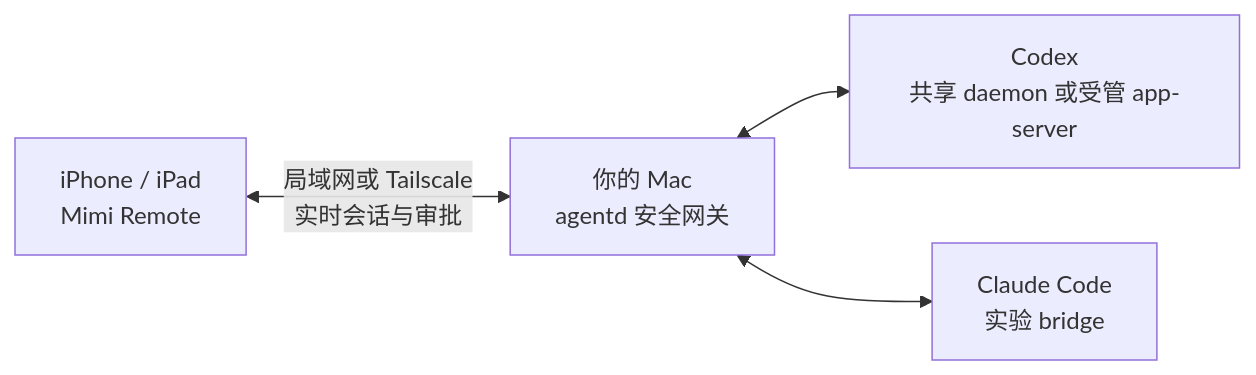
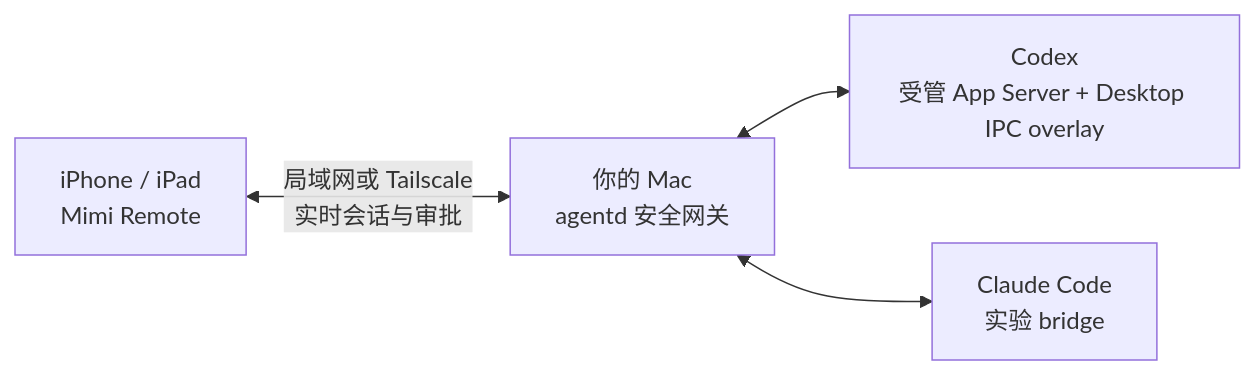
The diagram in README.zh-CN.md (gaixianggeng/mimi-remote), drawn with Mermaid before and after one commit. The commit also changed other lines of this file and 136 other files, not shown here.

Commit message:
MIM-148 replace shared daemon with Desktop IPC sync

````diff
--- a/README.zh-CN.md
+++ b/README.zh-CN.md
@@ -143,11 +143,11 @@
 ```mermaid
 flowchart LR
     Mobile["iPhone / iPad<br/>Mimi Remote"]
     Gateway["你的 Mac<br/>agentd 安全网关"]
-    Codex["Codex<br/>共享 daemon 或受管 app-server"]
+    Codex["Codex<br/>受管 App Server + Desktop IPC overlay"]
     Claude["Claude Code<br/>实验 bridge"]
 
     Mobile <-->|"局域网或 Tailscale<br/>实时会话与审批"| Gateway
     Gateway <--> Codex
     Gateway <--> Claude
 ```
````
